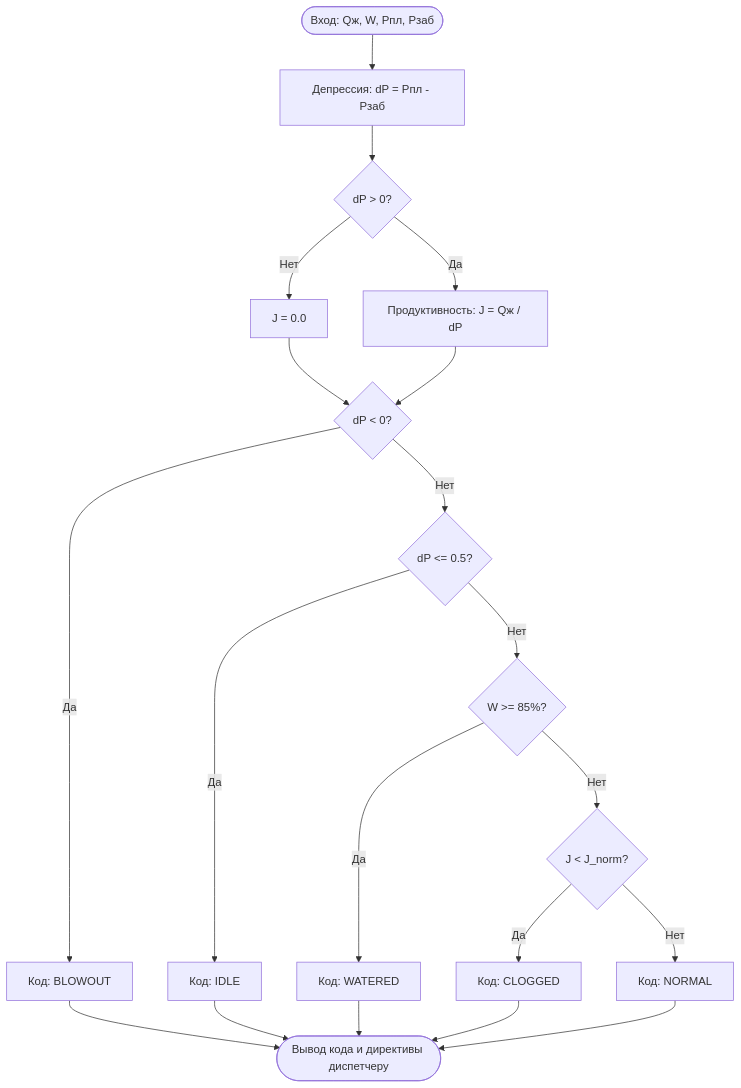
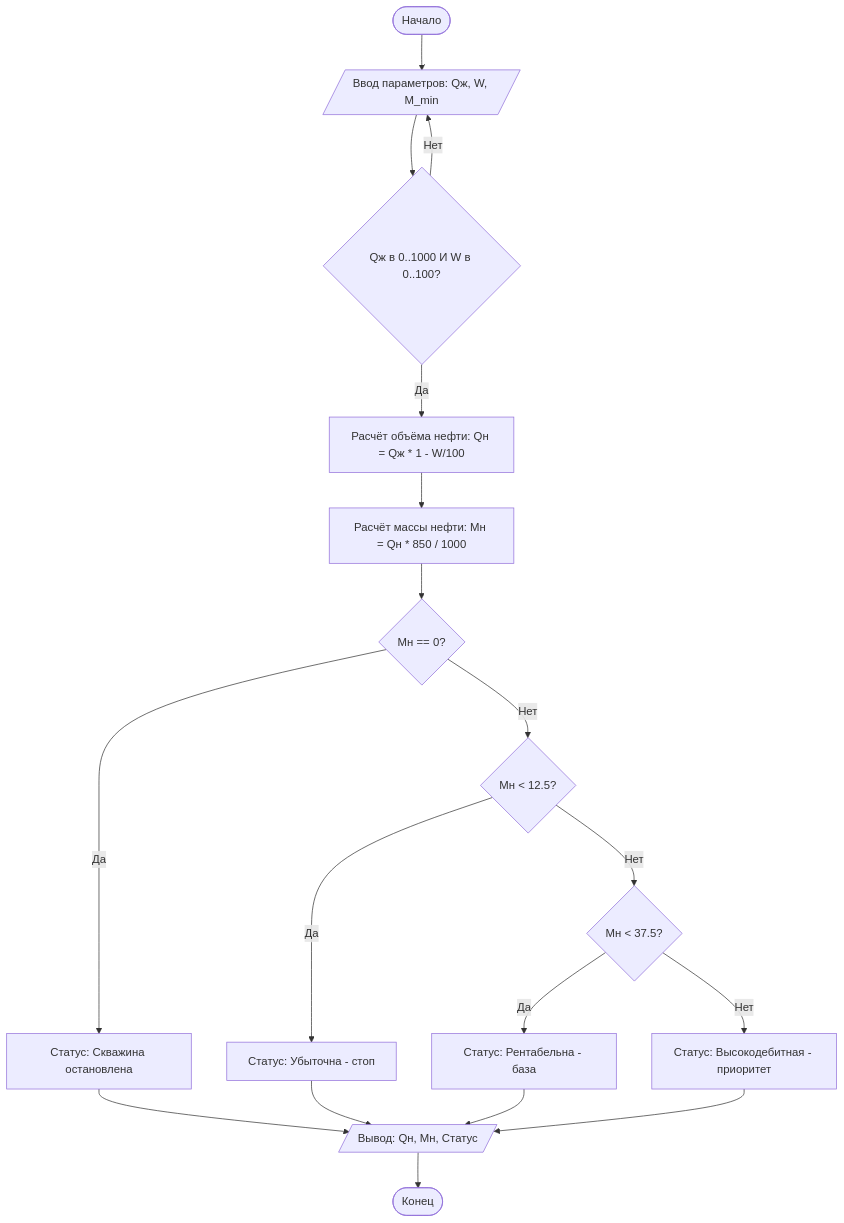
The diagram in README.md (kashkhchiankristina/kash_practica), drawn with Mermaid before and after one commit.

Commit message:
README.md

````diff
--- a/README.md
+++ b/README.md
@@ -1,22 +1,23 @@
 ```mermaid
 flowchart TD
- Start([Вход: Qж, W, Pпл, Pзаб]) --> CalcDP[Депрессия: dP = Pпл - Pзаб]
- CalcDP --> CheckDP{dP > 0?}
- CheckDP -- Нет --> SetJZero[J = 0.0]
- CheckDP -- Да --> CalcJ[Продуктивность: J = Qж / dP]
- SetJZero --> Diag1{dP < 0?}
- CalcJ --> Diag1
- Diag1 -- Да --> CodeBlow[Код: BLOWOUT]
- Diag1 -- Нет --> Diag2{dP <= 0.5?}
- Diag2 -- Да --> CodeIdle[Код: IDLE]
- Diag2 -- Нет --> Diag3{W >= 85%?}
- Diag3 -- Да --> CodeWat[Код: WATERED]
- Diag3 -- Нет --> Diag4{J < J_norm?}
- Diag4 -- Да --> CodeClog[Код: CLOGGED]
- Diag4 -- Нет --> CodeNorm[Код: NORMAL]
- CodeBlow --> End([Вывод кода и директивы диспетчеру])
- CodeIdle --> End
- CodeWat --> End
- CodeClog --> End
- CodeNorm --> End
+ Start([Начало]) --> InputQ[/Ввод параметров: Qж, W, M_min/]
+ InputQ --> CheckValid{Qж в 0..1000 И W в 0..100?}
+ CheckValid -- Нет --> InputQ
+ CheckValid -- Да --> CalcVol[Расчёт объёма нефти: Qн = Qж * 1 - W/100]
+ CalcVol --> CalcMass[Расчёт массы нефти: Mн = Qн * 850 / 1000]
+ 
+ CalcMass --> CondStop{Mн == 0?}
+ CondStop -- Да --> StatusStop[Статус: Скважина остановлена]
+ CondStop -- Нет --> Cond1{Mн < 12.5?}
+ 
+ Cond1 -- Да --> Status1[Статус: Убыточна - стоп]
+ Cond1 -- Нет --> Cond2{Mн < 37.5?}
+ Cond2 -- Да --> Status2[Статус: Рентабельна - база]
+ Cond2 -- Нет --> Status3[Статус: Высокодебитная - приоритет]
+ 
+ StatusStop --> Output[/Вывод: Qн, Mн, Статус/]
+ Status1 --> Output
+ Status2 --> Output
+ Status3 --> Output
+ Output --> End([Конец])
 ```
````
